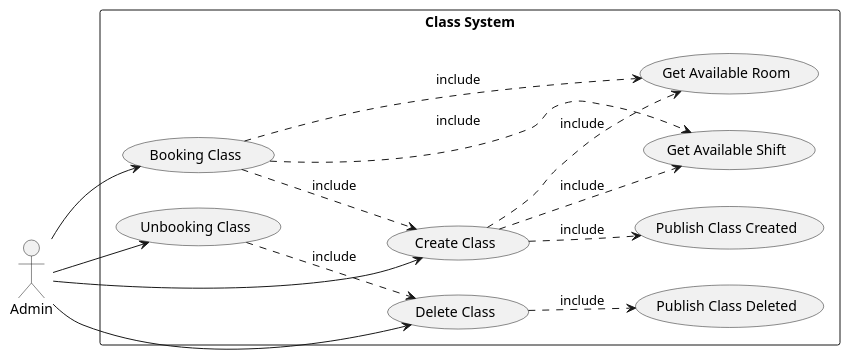
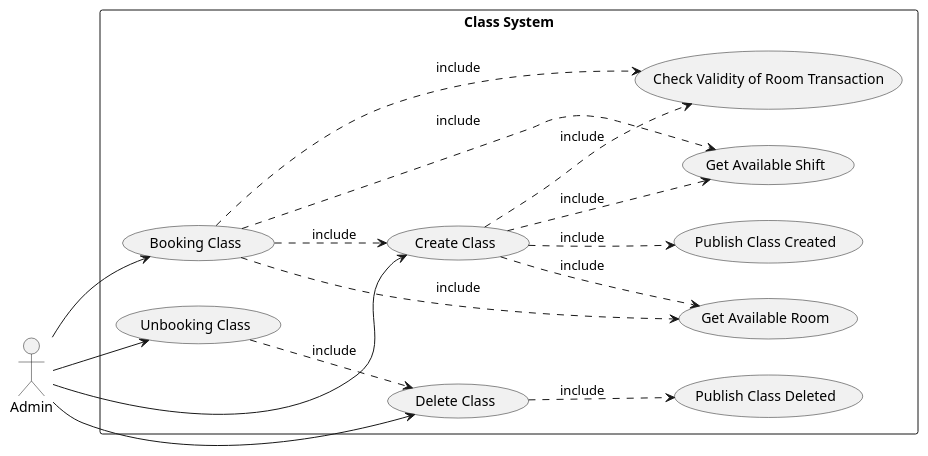
The diagram in UseCase/Release02/ClassSubSystem.wsd (fwidjaya20/fazzlearning-uml), drawn with PlantUML before and after one commit. The commit also changed 30 other files, not shown here.

```diff
--- a/UseCase/Release02/ClassSubSystem.wsd
+++ b/UseCase/Release02/ClassSubSystem.wsd
@@ -1,29 +1,31 @@
 @startuml ClassSubSystem
 
 left to right direction
 
 skinparam Monochrome true
 skinparam Shadowing false
 skinparam packageStyle rectangle
 
 actor Admin
 
 rectangle "Class System" {
     Admin --> (Create Class)
     Admin --> (Delete Class)
     Admin --> (Booking Class)
     Admin --> (Unbooking Class)
 
     (Create Class) ..> (Publish Class Created) : include
     (Delete Class) ..> (Publish Class Deleted) : include
 
     (Booking Class) ..> (Create Class) : include
     (Unbooking Class) ..> (Delete Class) : include
 
     (Create Class) ..> (Get Available Shift) : include
     (Create Class) ..> (Get Available Room) : include
+    (Create Class) ..> (Check Validity of Room Transaction) : include
     (Booking Class) ..> (Get Available Shift) : include
     (Booking Class) ..> (Get Available Room) : include
+    (Booking Class) ..> (Check Validity of Room Transaction) : include
 }
 
 @enduml
```
